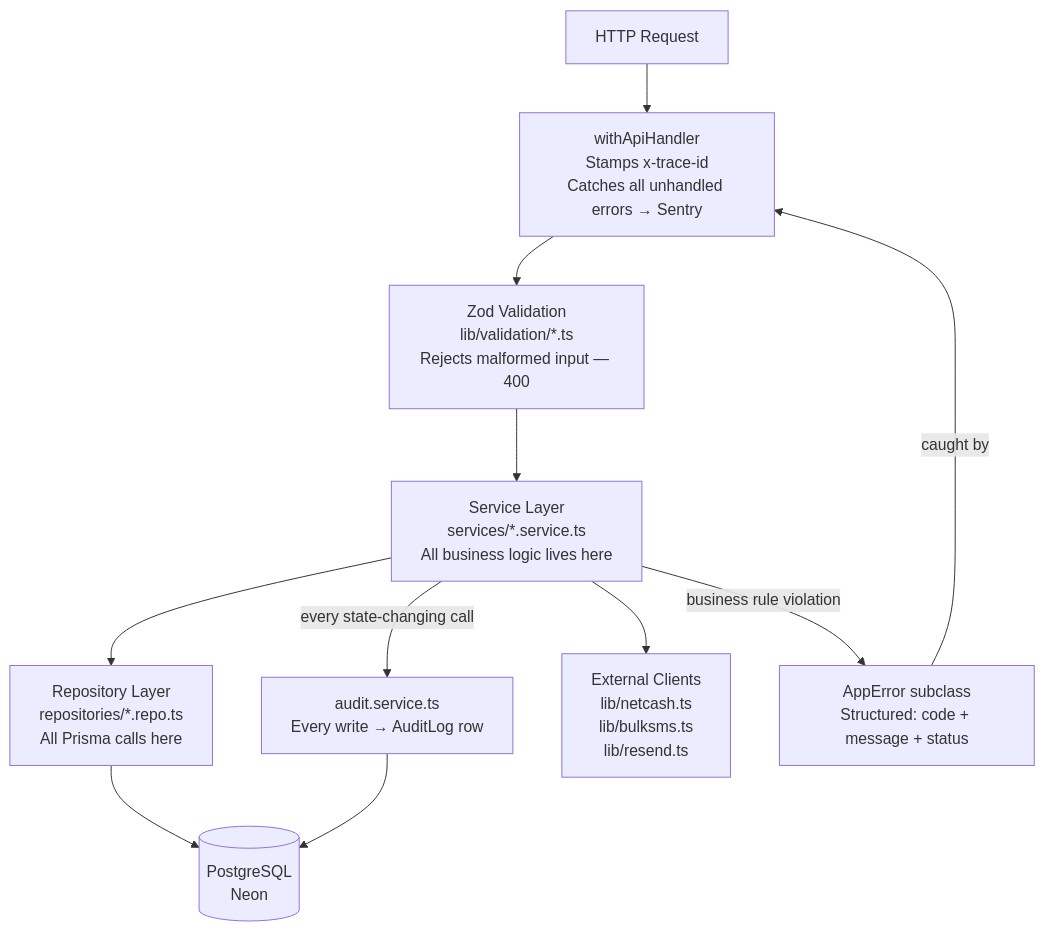
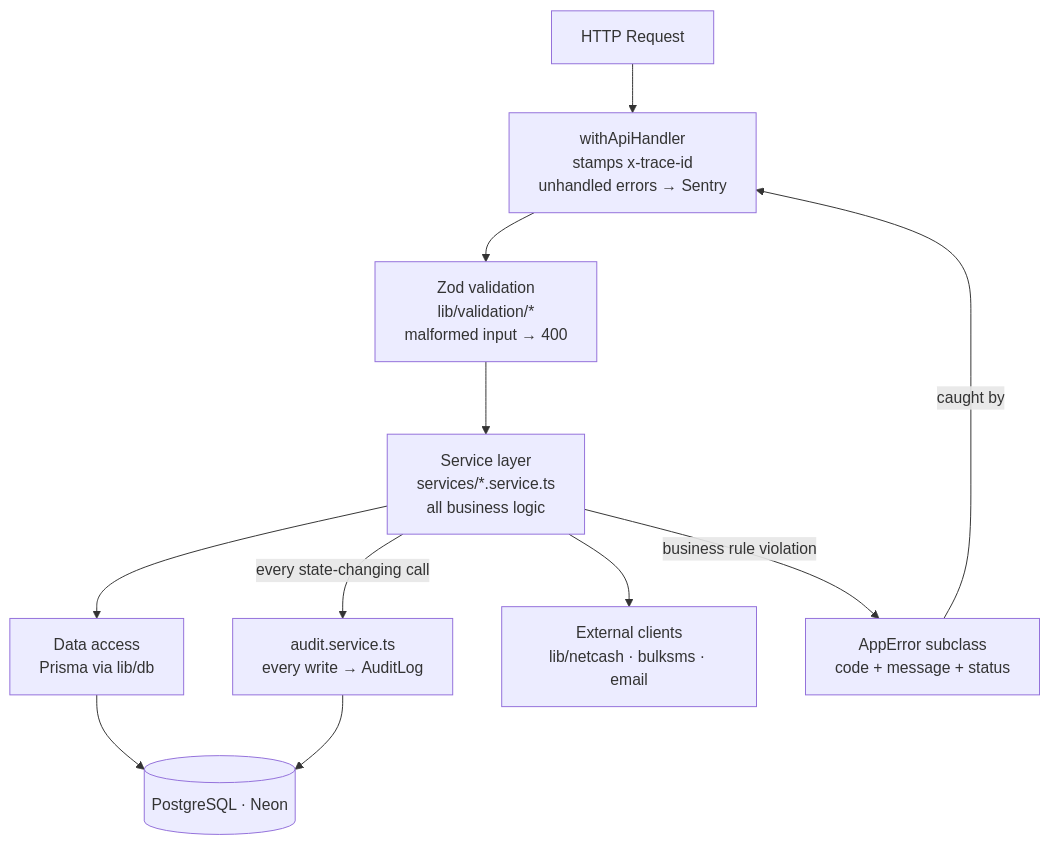
Before and after one commit to KSDRILL-SA/Xkimi-Xa-Mali: the diagram in docs/constitutions/backend.md, drawn with Mermaid. The commit also changed 10 other files, not shown here.

````diff
--- a/docs/constitutions/backend.md
+++ b/docs/constitutions/backend.md
@@ -65,19 +65,19 @@
 ```mermaid
 flowchart TD
     REQ["HTTP Request"]
-    WH["withApiHandler\nStamps x-trace-id\nCatches all unhandled errors → Sentry"]
-    ZOD["Zod Validation\nlib/validation/*.ts\nRejects malformed input — 400"]
-    SVC["Service Layer\nservices/*.service.ts\nAll business logic lives here"]
-    REPO["Repository Layer\nrepositories/*.repo.ts\nAll Prisma calls here"]
-    DB[("PostgreSQL\nNeon")]
-    AUDIT["audit.service.ts\nEvery write → AuditLog row"]
-    EXT["External Clients\nlib/netcash.ts\nlib/bulksms.ts\nlib/resend.ts"]
-    ERR["AppError subclass\nStructured: code + message + status"]
+    WH["withApiHandler<br/>stamps x-trace-id<br/>unhandled errors → Sentry"]
+    ZOD["Zod validation<br/>lib/validation/*<br/>malformed input → 400"]
+    SVC["Service layer<br/>services/*.service.ts<br/>all business logic"]
+    REPO["Data access<br/>Prisma via lib/db"]
+    DB[("PostgreSQL · Neon")]
+    AUDIT["audit.service.ts<br/>every write → AuditLog"]
+    EXT["External clients<br/>lib/netcash · bulksms · email"]
+    ERR["AppError subclass<br/>code + message + status"]
 
     REQ --> WH --> ZOD --> SVC
     SVC --> REPO --> DB
     SVC -->|"every state-changing call"| AUDIT --> DB
     SVC --> EXT
     SVC -->|"business rule violation"| ERR
     ERR -->|"caught by"| WH
 ```
````
